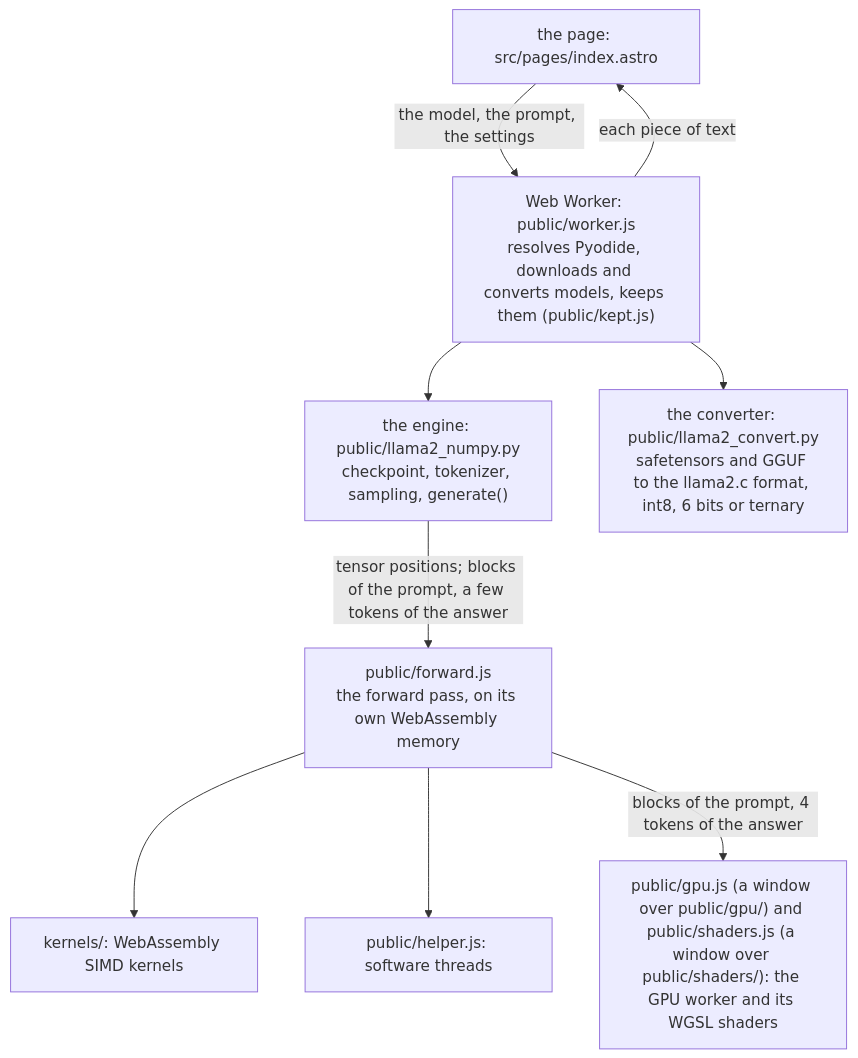
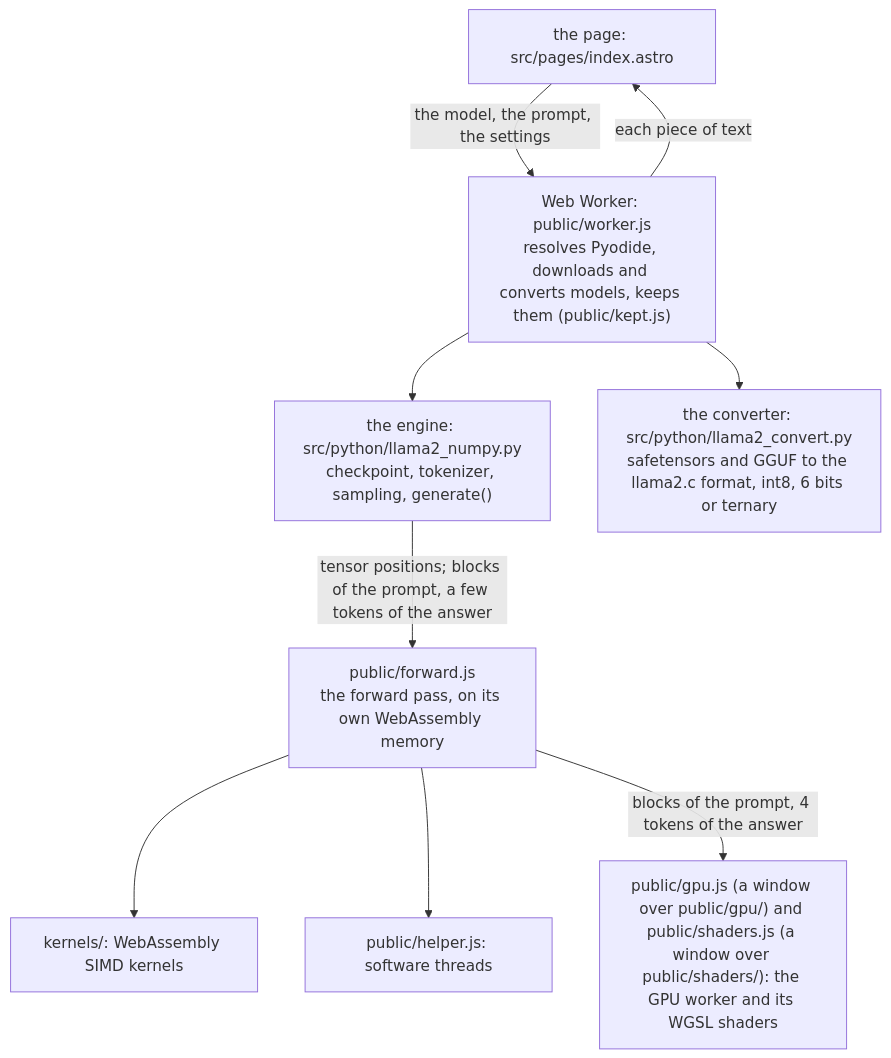
Before and after one commit to takano32/pyodide-llm: the diagram in docs/architecture.md, drawn with Mermaid. The commit also changed other lines of this file and 2 other files, not shown here.

First line of the commit message:
T367.2: say where the Python is, and how it is served, in the documents

````diff
--- a/docs/architecture.md
+++ b/docs/architecture.md
@@ -8,19 +8,19 @@
 ```mermaid
 flowchart TD
   page["the page: src/pages/index.astro"]
   worker["Web Worker: public/worker.js<br/>resolves Pyodide, downloads and converts models, keeps them (public/kept.js)"]
-  engine["the engine: public/llama2_numpy.py<br/>checkpoint, tokenizer, sampling, generate()"]
-  convert["the converter: public/llama2_convert.py<br/>safetensors and GGUF to the llama2.c format, int8, 6 bits or ternary"]
+  engine["the engine: src/python/llama2_numpy.py<br/>checkpoint, tokenizer, sampling, generate()"]
+  convert["the converter: src/python/llama2_convert.py<br/>safetensors and GGUF to the llama2.c format, int8, 6 bits or ternary"]
   forward["public/forward.js<br/>the forward pass, on its own WebAssembly memory"]
   kernels["kernels/: WebAssembly SIMD kernels"]
   helper["public/helper.js: software threads"]
   gpu["public/gpu.js (a window over public/gpu/) and public/shaders.js (a window over public/shaders/): the GPU worker and its WGSL shaders"]
   page -- "the model, the prompt, the settings" --> worker
   worker -- "each piece of text" --> page
   worker --> engine
   worker --> convert
   engine -- "tensor positions; blocks of the prompt, a few tokens of the answer" --> forward
   forward --> kernels
   forward --> helper
   forward -- "blocks of the prompt, 4 tokens of the answer" --> gpu
 ```
````
